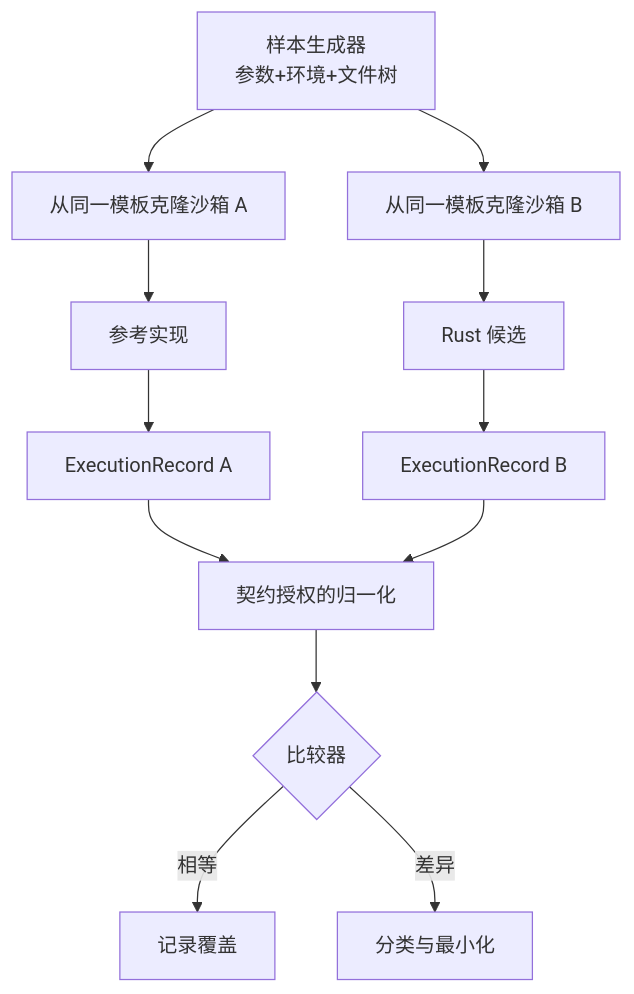
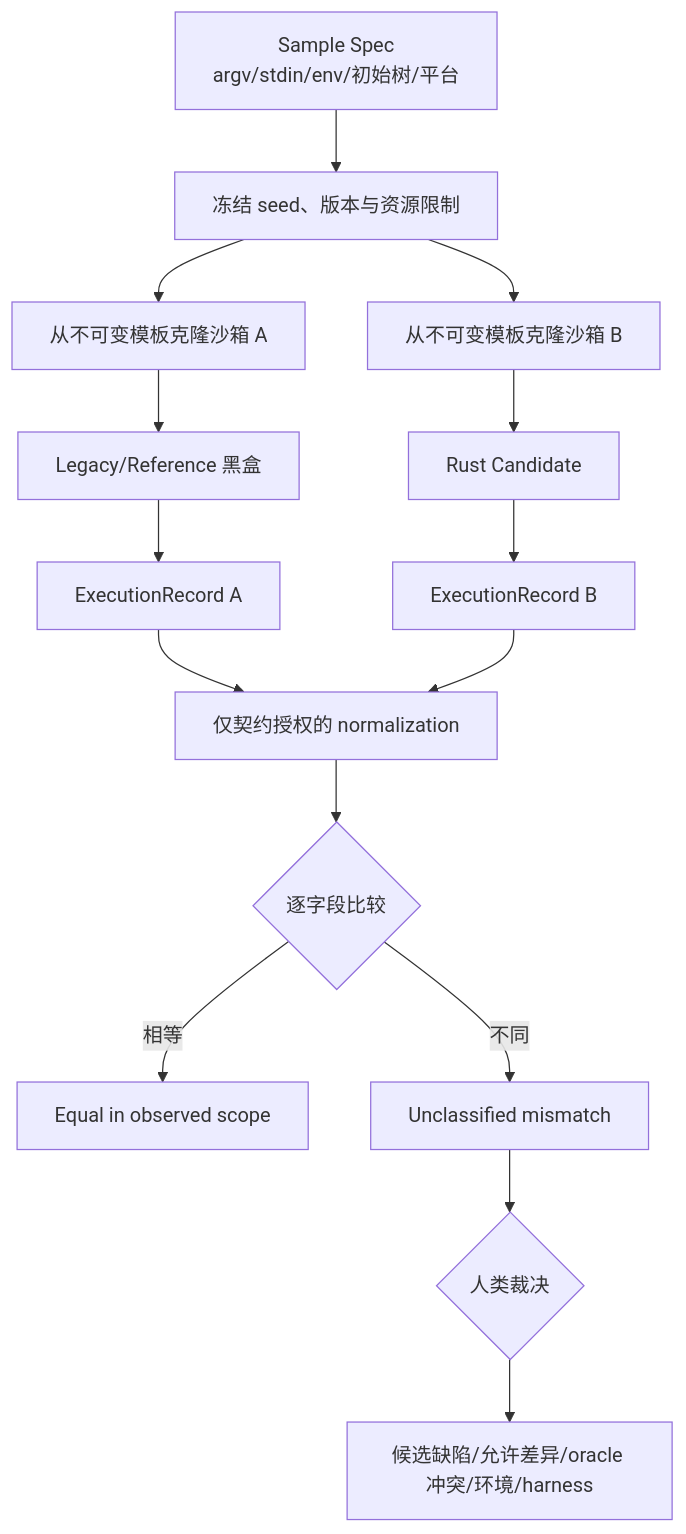
One commit to ZhangHanDong/coreutils changed the diagram in book/src/part3/ch09-differential-testing.md. Above: the diagram before and after it, drawn with Mermaid. The commit also changed other lines of this file, not shown here.

````diff
--- a/book/src/part3/ch09-differential-testing.md
+++ b/book/src/part3/ch09-differential-testing.md
@@ -30,14 +80,17 @@
 ```mermaid
 flowchart TB
-    G["样本生成器<br/>参数+环境+文件树"] --> S1["从同一模板克隆沙箱 A"]
-    G --> S2["从同一模板克隆沙箱 B"]
-    S1 --> R["参考实现"]
-    S2 --> C["Rust 候选"]
-    R --> O1["ExecutionRecord A"]
-    C --> O2["ExecutionRecord B"]
-    O1 --> N["契约授权的归一化"]
-    O2 --> N
-    N --> K{"比较器"}
-    K -->|"相等"| P["记录覆盖"]
-    K -->|"差异"| T["分类与最小化"]
+    G["Sample Spec<br/>argv/stdin/env/初始树/平台"] --> F["冻结 seed、版本与资源限制"]
+    F --> A["从不可变模板克隆沙箱 A"]
+    F --> B["从不可变模板克隆沙箱 B"]
+    A --> L["Legacy/Reference 黑盒"]
+    B --> R["Rust Candidate"]
+    L --> OA["ExecutionRecord A"]
+    R --> OB["ExecutionRecord B"]
+    OA --> N["仅契约授权的 normalization"]
+    OB --> N
+    N --> C{"逐字段比较"}
+    C -->|相等| P["Equal in observed scope"]
+    C -->|不同| T["Unclassified mismatch"]
+    T --> H{"人类裁决"}
+    H --> D["候选缺陷/允许差异/oracle 冲突/环境/harness"]
 ```
````
